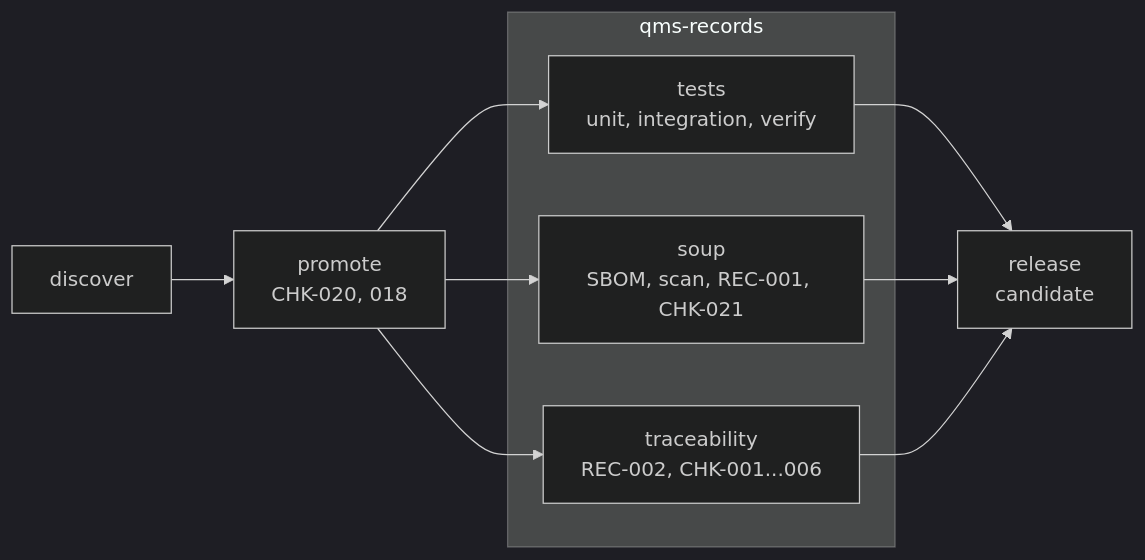
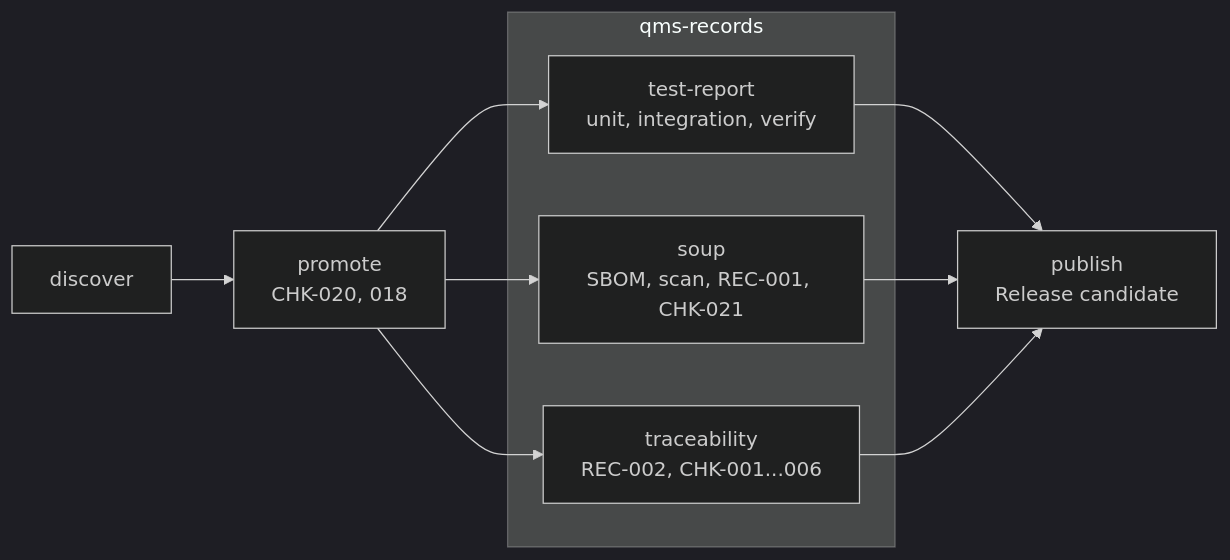
Before and after one commit to H-EALTH/shared-workflows: the first of 2 diagrams in docs/cd.md, drawn with Mermaid (dark theme). The commit also changed other lines of this file and 12 other files, not shown here.

First line of the commit message:
Rename CD flows and stations to the QMS vocabulary

````diff
--- a/docs/cd.md
+++ b/docs/cd.md
@@ -19,15 +19,15 @@
 ```mermaid
 flowchart LR
     DI[discover] --> P["promote<br>CHK-020, 018"]
     subgraph Q[qms-records]
-        T["tests<br>unit, integration, verify"]
+        T["test-report<br>unit, integration, verify"]
         S["soup<br>SBOM, scan, REC-001, CHK-021"]
         M["traceability<br>REC-002, CHK-001...006"]
     end
     P --> T
     P --> S
     P --> M
-    T --> R["release<br>candidate"]
+    T --> R["publish<br>Release candidate"]
     S --> R
     M --> R
 ```
````
